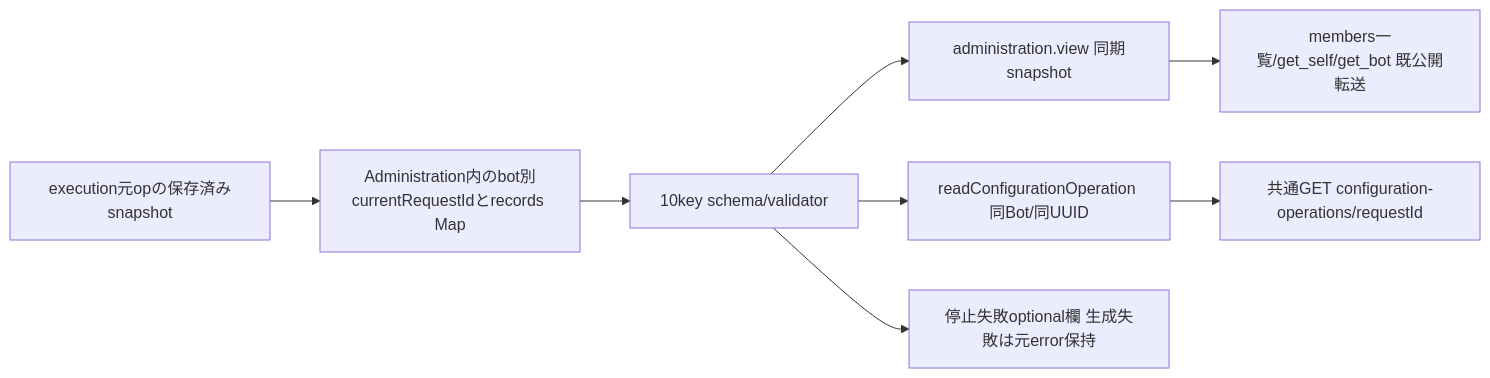
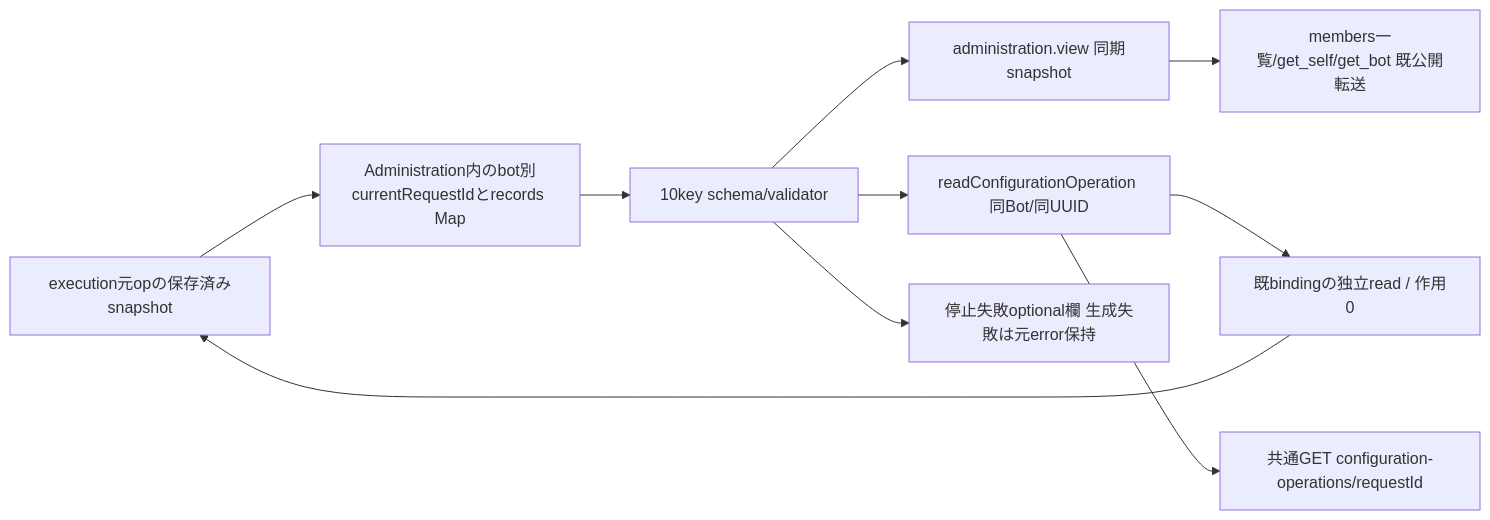
Before and after one commit to kitepon/BellTeam: the diagram in docs/architecture/modules/execution/automatic-configuration.md, drawn with Mermaid. The commit also changed other lines of this file and 14 other files, not shown here.

````diff
--- a/docs/architecture/modules/execution/automatic-configuration.md
+++ b/docs/architecture/modules/execution/automatic-configuration.md
@@ -5,10 +5,12 @@
 ```mermaid
 flowchart LR
   Record[execution元opの保存済みsnapshot] --> Cache[Administration内のbot別currentRequestIdとrecords Map]
   Cache --> Closed[10key schema/validator]
   Closed --> View[administration.view 同期snapshot]
   Closed --> Read[readConfigurationOperation 同Bot/同UUID]
+  Read --> NativeRead[既bindingの独立read / 作用0]
+  NativeRead --> Record
   View --> Members[members一覧/get_self/get_bot 既公開転送]
   Read --> HTTP[共通GET configuration-operations/requestId]
   Closed --> Error[停止失敗optional欄 生成失敗は元error保持]
 ```
````
